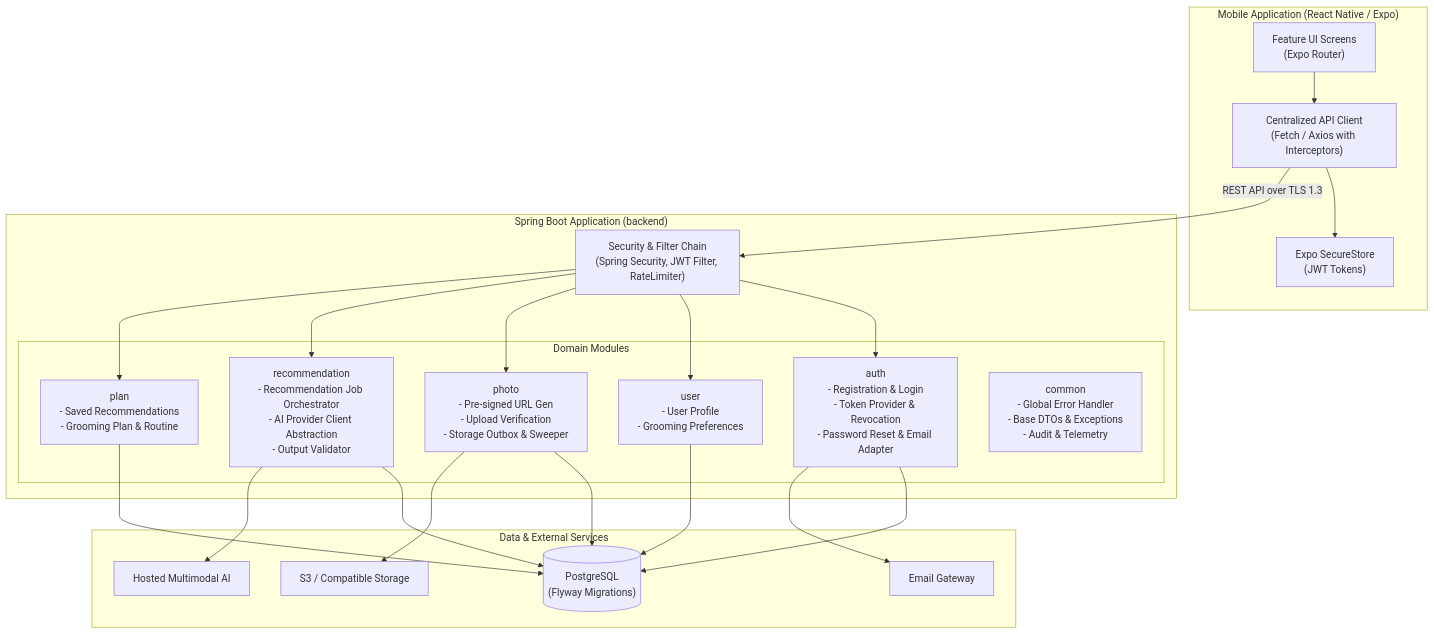
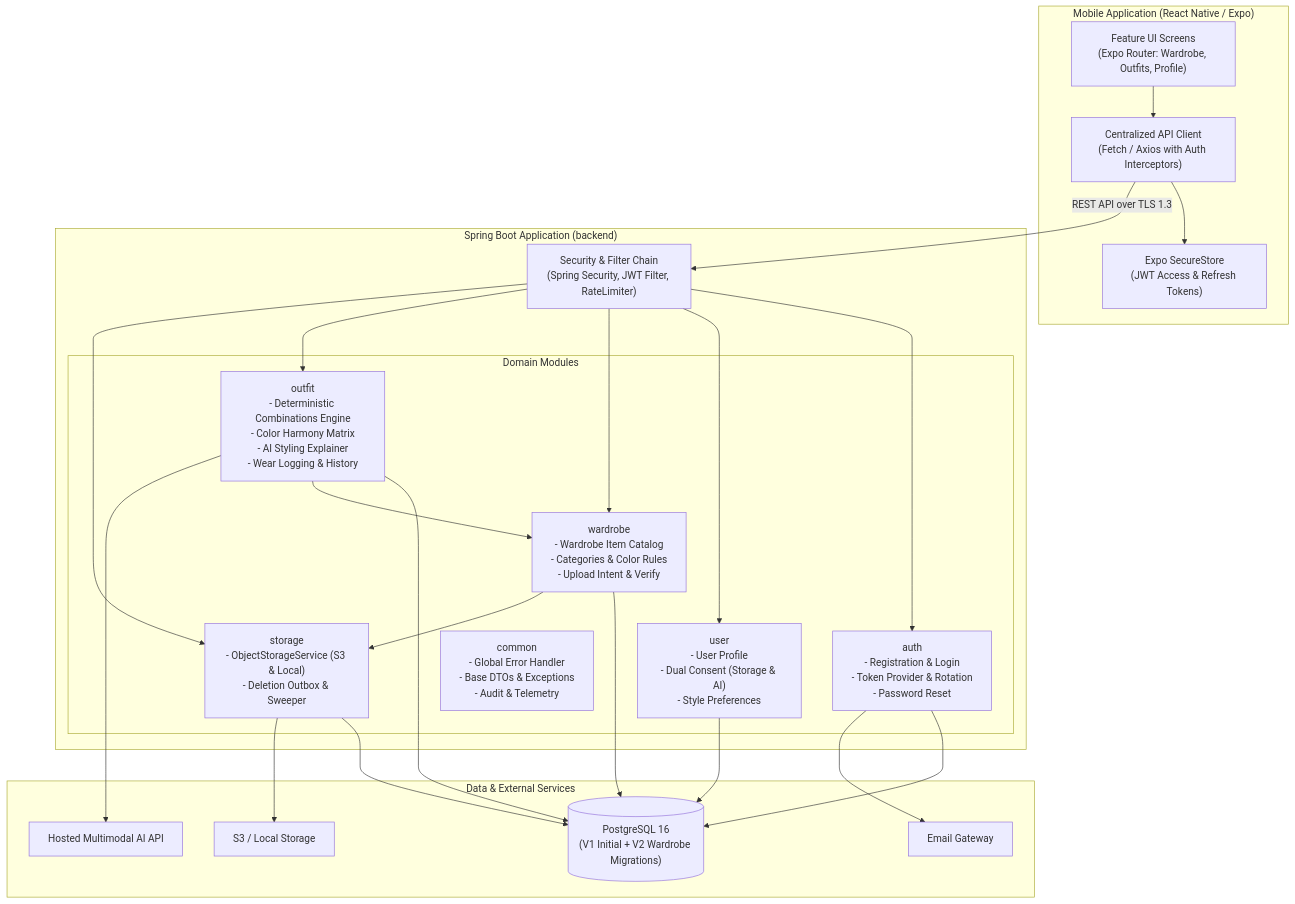
One commit to ShaileshKumar007/GroomAi changed the second of 8 diagrams in docs/ARCHITECTURE.md. Above: the diagram before and after it, drawn with Mermaid. The commit also changed other lines of this file and 8 other files, not shown here.

````diff
--- a/docs/ARCHITECTURE.md
+++ b/docs/ARCHITECTURE.md
@@ -61,47 +60,49 @@
 ```mermaid
 graph TD
     subgraph MobileClient ["Mobile Application (React Native / Expo)"]
-        UI["Feature UI Screens\n(Expo Router)"]
-        APIClient["Centralized API Client\n(Fetch / Axios with Interceptors)"]
-        SecureStore["Expo SecureStore\n(JWT Tokens)"]
+        UI["Feature UI Screens\n(Expo Router: Wardrobe, Outfits, Profile)"]
+        APIClient["Centralized API Client\n(Fetch / Axios with Auth Interceptors)"]
+        SecureStore["Expo SecureStore\n(JWT Access & Refresh Tokens)"]
         UI --> APIClient
         APIClient --> SecureStore
     end
 
     subgraph SpringBootBackend ["Spring Boot Application (backend)"]
         SecurityGateway["Security & Filter Chain\n(Spring Security, JWT Filter, RateLimiter)"]
 
         subgraph Modules ["Domain Modules"]
-            AuthModule["auth\n- Registration & Login\n- Token Provider & Revocation\n- Password Reset & Email Adapter"]
-            UserModule["user\n- User Profile\n- Grooming Preferences"]
-            PhotoModule["photo\n- Pre-signed URL Gen\n- Upload Verification\n- Storage Outbox & Sweeper"]
-            RecModule["recommendation\n- Recommendation Job Orchestrator\n- AI Provider Client Abstraction\n- Output Validator"]
-            PlanModule["plan\n- Saved Recommendations\n- Grooming Plan & Routine"]
+            AuthModule["auth\n- Registration & Login\n- Token Provider & Rotation\n- Password Reset"]
+            UserModule["user\n- User Profile\n- Dual Consent (Storage & AI)\n- Style Preferences"]
+            WardrobeModule["wardrobe\n- Wardrobe Item Catalog\n- Categories & Color Rules\n- Upload Intent & Verify"]
+            OutfitModule["outfit\n- Deterministic Combinations Engine\n- Color Harmony Matrix\n- AI Styling Explainer\n- Wear Logging & History"]
+            StorageModule["storage\n- ObjectStorageService (S3 & Local)\n- Deletion Outbox & Sweeper"]
             CommonModule["common\n- Global Error Handler\n- Base DTOs & Exceptions\n- Audit & Telemetry"]
         end
 
         SecurityGateway --> AuthModule
         SecurityGateway --> UserModule
-        SecurityGateway --> PhotoModule
-        SecurityGateway --> RecModule
-        SecurityGateway --> PlanModule
+        SecurityGateway --> WardrobeModule
+        SecurityGateway --> OutfitModule
+        SecurityGateway --> StorageModule
     end
 
     subgraph DataAndExternal ["Data & External Services"]
-        Postgres[("PostgreSQL\n(Flyway Migrations)")]
-        ExternalStorage["S3 / Compatible Storage"]
-        ExternalAI["Hosted Multimodal AI"]
+        Postgres[("PostgreSQL 16\n(V1 Initial + V2 Wardrobe Migrations)")]
+        ExternalStorage["S3 / Local Storage"]
+        ExternalAI["Hosted Multimodal AI API"]
         ExternalEmail["Email Gateway"]
     end
 
     AuthModule --> Postgres
     AuthModule --> ExternalEmail
     UserModule --> Postgres
-    PhotoModule --> Postgres
-    PhotoModule --> ExternalStorage
-    RecModule --> Postgres
-    RecModule --> ExternalAI
-    PlanModule --> Postgres
+    WardrobeModule --> Postgres
+    WardrobeModule --> StorageModule
+    OutfitModule --> Postgres
+    OutfitModule --> WardrobeModule
+    OutfitModule --> ExternalAI
+    StorageModule --> Postgres
+    StorageModule --> ExternalStorage
 
     APIClient -->|REST API over TLS 1.3| SecurityGateway
 ```
````
